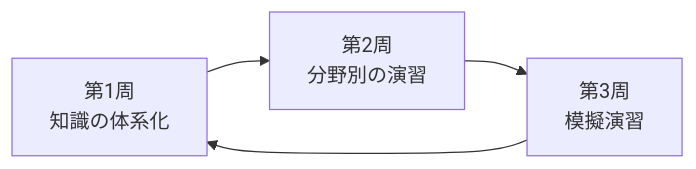
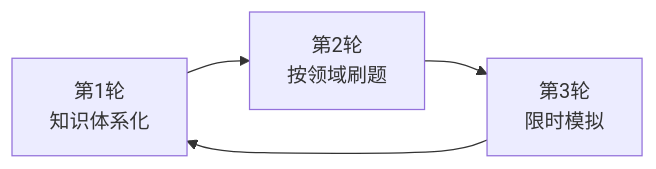
Before and after one commit to NoobCoderBigRoc/eju-math: the diagram in docs/exam/strategy.md, drawn with Mermaid. The commit also changed other lines of this file and 29 other files, not shown here.

````diff
--- a/docs/exam/strategy.md
+++ b/docs/exam/strategy.md
@@ -9,6 +9,6 @@
 ```mermaid
 graph LR
-  A[第1周<br>知識の体系化] --> B[第2周<br>分野別の演習]
-  B --> C[第3周<br>模擬演習]
+  A[第1轮<br>知识体系化] --> B[第2轮<br>按领域刷题]
+  B --> C[第3轮<br>限时模拟]
   C --> A
 ```
````
